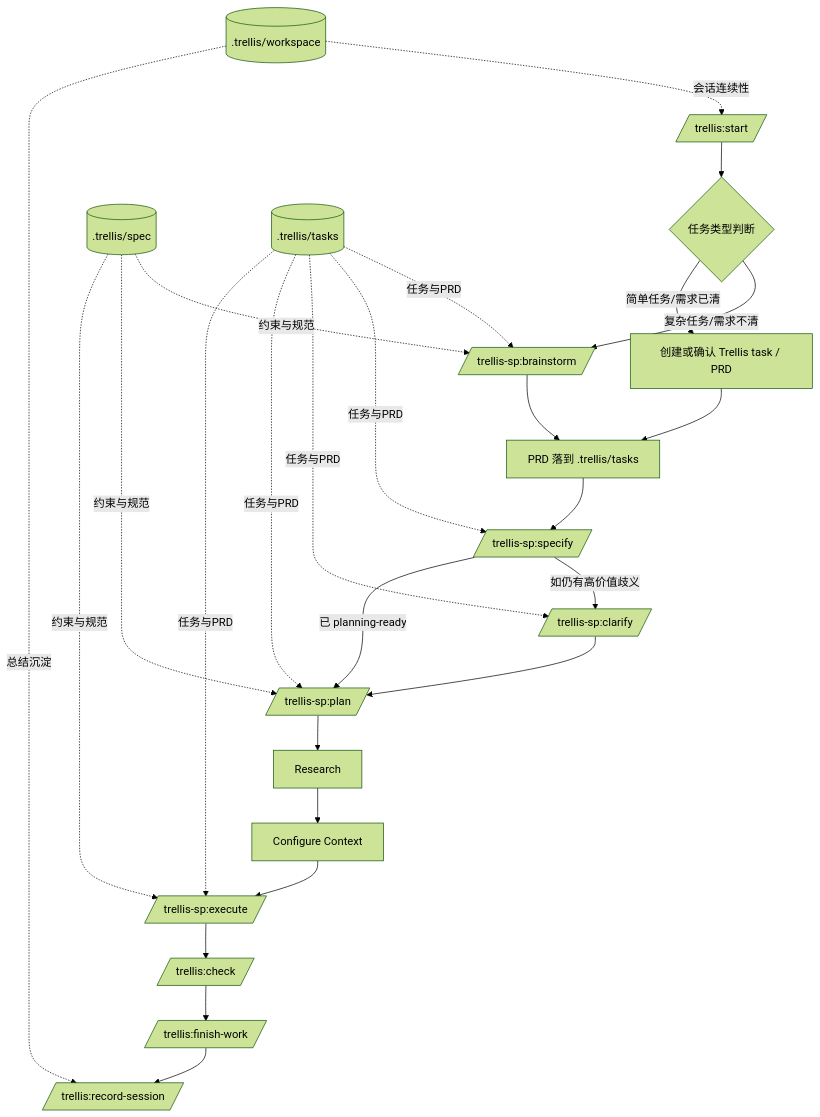
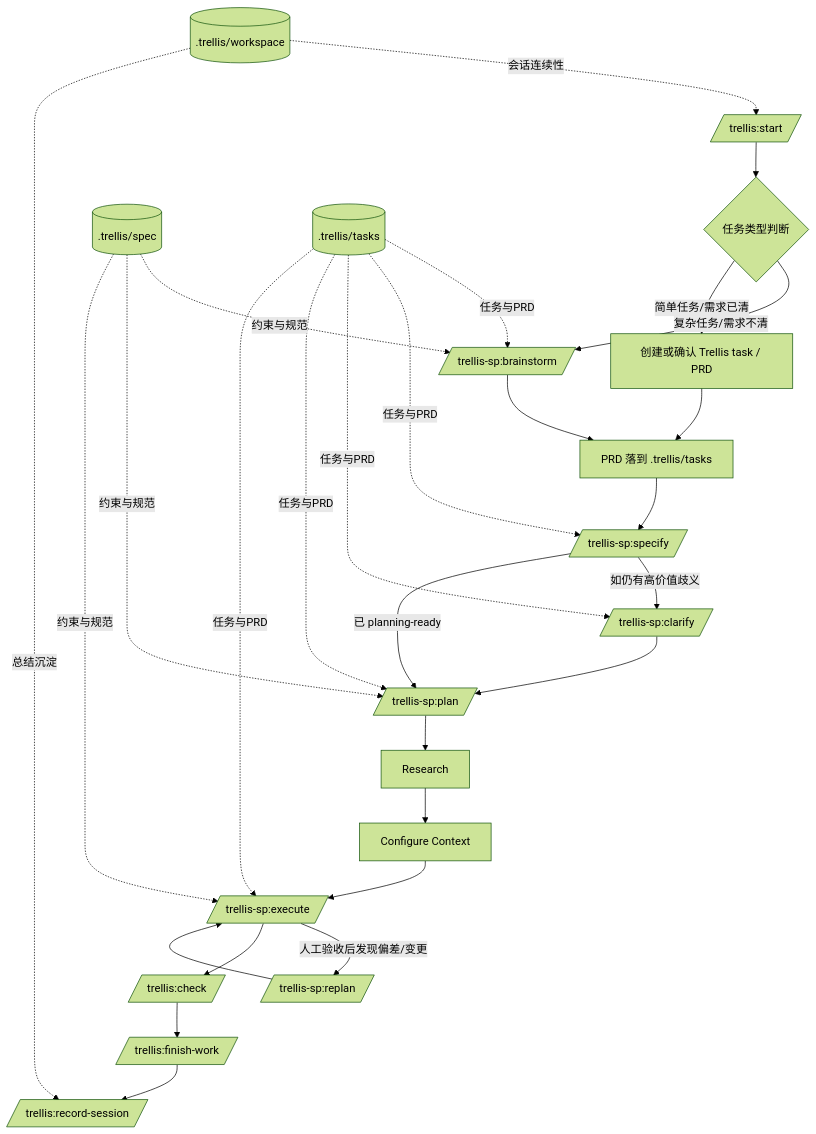
One commit to YWJ-hy/trellis-superpowers-adapter changed the second of 2 diagrams in SUPERPOWERS_TRELLIS_INTEGRATION_CN.md. Above: the diagram before and after it, drawn with Mermaid (forest theme). The commit also changed other lines of this file and 9 other files, not shown here.

First line of the commit message:
feat: 增加 trellis-sp replan 返工入口

````diff
--- a/SUPERPOWERS_TRELLIS_INTEGRATION_CN.md
+++ b/SUPERPOWERS_TRELLIS_INTEGRATION_CN.md
@@ -176,34 +180,36 @@
 ```mermaid
 flowchart TD
     A[/trellis:start/] --> B{任务类型判断}
 
     B -->|复杂任务/需求不清| C[/trellis-sp:brainstorm/]
     B -->|简单任务/需求已清| D[创建或确认 Trellis task / PRD]
 
     C --> E[PRD 落到 .trellis/tasks]
     D --> E
 
     E --> E1[/trellis-sp:specify/]
     E1 -->|如仍有高价值歧义| E2[/trellis-sp:clarify/]
     E1 -->|已 planning-ready| F[/trellis-sp:plan/]
     E2 --> F[/trellis-sp:plan/]
     F --> G[Research]
     G --> H[Configure Context]
     H --> I[/trellis-sp:execute/]
+    I -->|人工验收后发现偏差/变更| I2[/trellis-sp:replan/]
+    I2 --> I
     I --> J[/trellis:check/]
     J --> K[/trellis:finish-work/]
     K --> L[/trellis:record-session/]
 
     S[(.trellis/spec)] -.约束与规范.-> C
     S -.约束与规范.-> F
     S -.约束与规范.-> I
 
     T[(.trellis/tasks)] -.任务与PRD.-> C
     T -.任务与PRD.-> E1
     T -.任务与PRD.-> E2
     T -.任务与PRD.-> F
     T -.任务与PRD.-> I
 
     W[(.trellis/workspace)] -.会话连续性.-> A
     W -.总结沉淀.-> L
 ```
````
